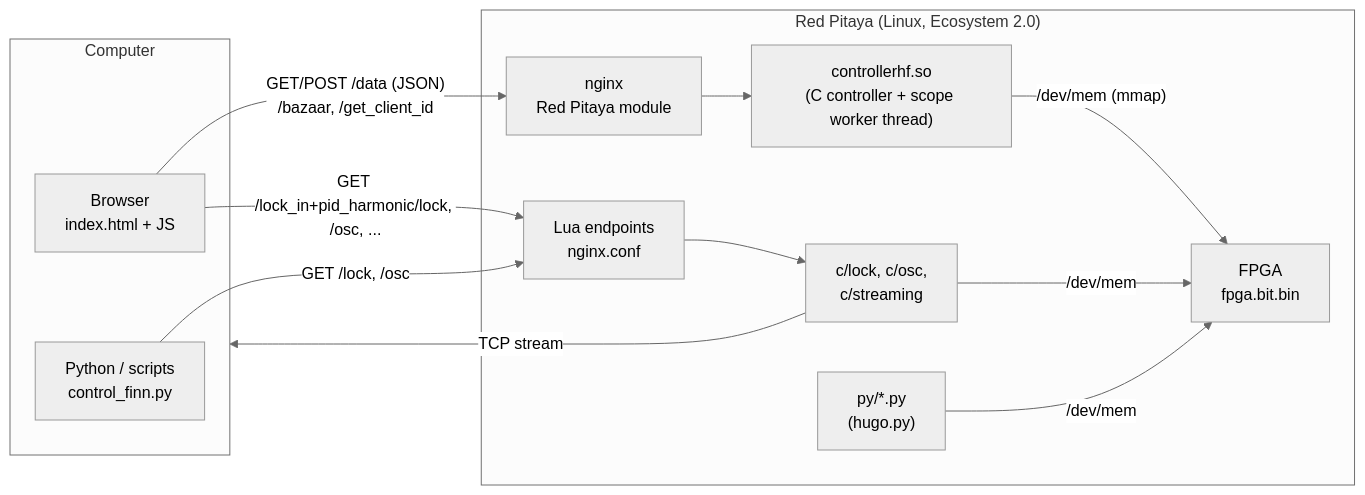
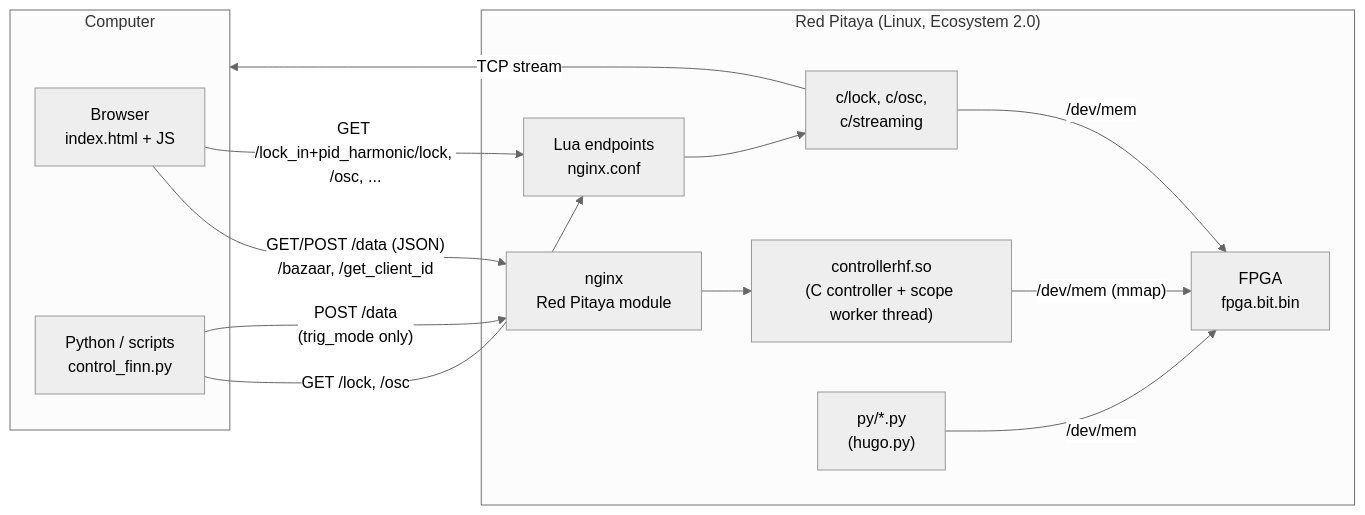
One commit to marceluda/rp_lock-in_pid_h changed the first of 6 diagrams in doc/Structure.md. Above: the diagram before and after it, drawn with Mermaid (neutral theme). The commit also changed other lines of this file and 15 other files, not shown here.

````diff
--- a/doc/Structure.md
+++ b/doc/Structure.md
@@ -22,24 +22,25 @@
 ```mermaid
 flowchart LR
   subgraph PC["Computer"]
     B["Browser<br/>index.html + JS"]
     P["Python / scripts<br/>control_finn.py"]
   end
   subgraph RP["Red Pitaya (Linux, Ecosystem 2.0)"]
     N["nginx<br/>Red Pitaya module"]
     C["controllerhf.so<br/>(C controller + scope worker thread)"]
     L["Lua endpoints<br/>nginx.conf"]
     T["c/lock, c/osc,<br/>c/streaming"]
     PY["py/*.py<br/>(hugo.py)"]
     F["FPGA<br/>fpga.bit.bin"]
   end
   B -- "GET/POST /data (JSON)<br/>/bazaar, /get_client_id" --> N
   N --> C
   B -- "GET /lock_in+pid_harmonic/lock, /osc, ..." --> L
   P -- "GET /lock, /osc" --> L
+  P -- "POST /data<br/>(trig_mode only)" --> N
   L --> T
   C -- "/dev/mem (mmap)" --> F
   T -- "/dev/mem" --> F
   PY -- "/dev/mem" --> F
   T -- "TCP stream" --> PC
 ```
````
